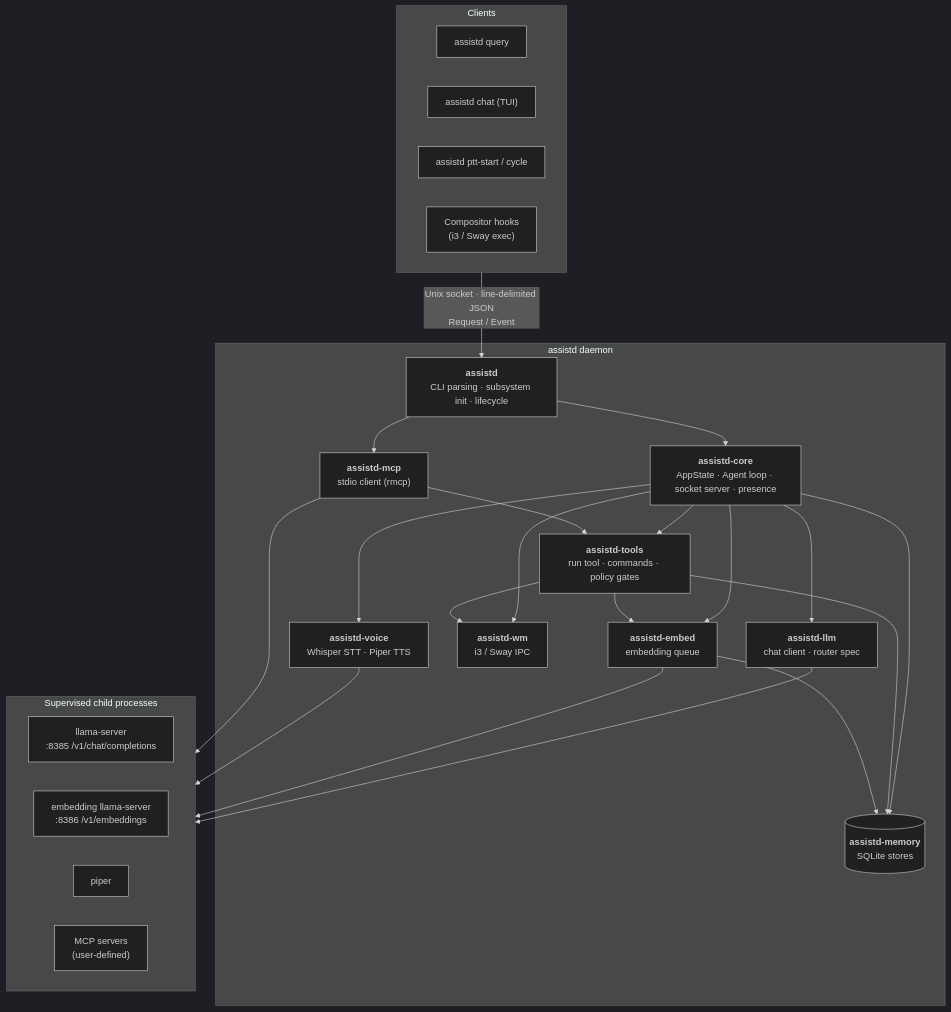
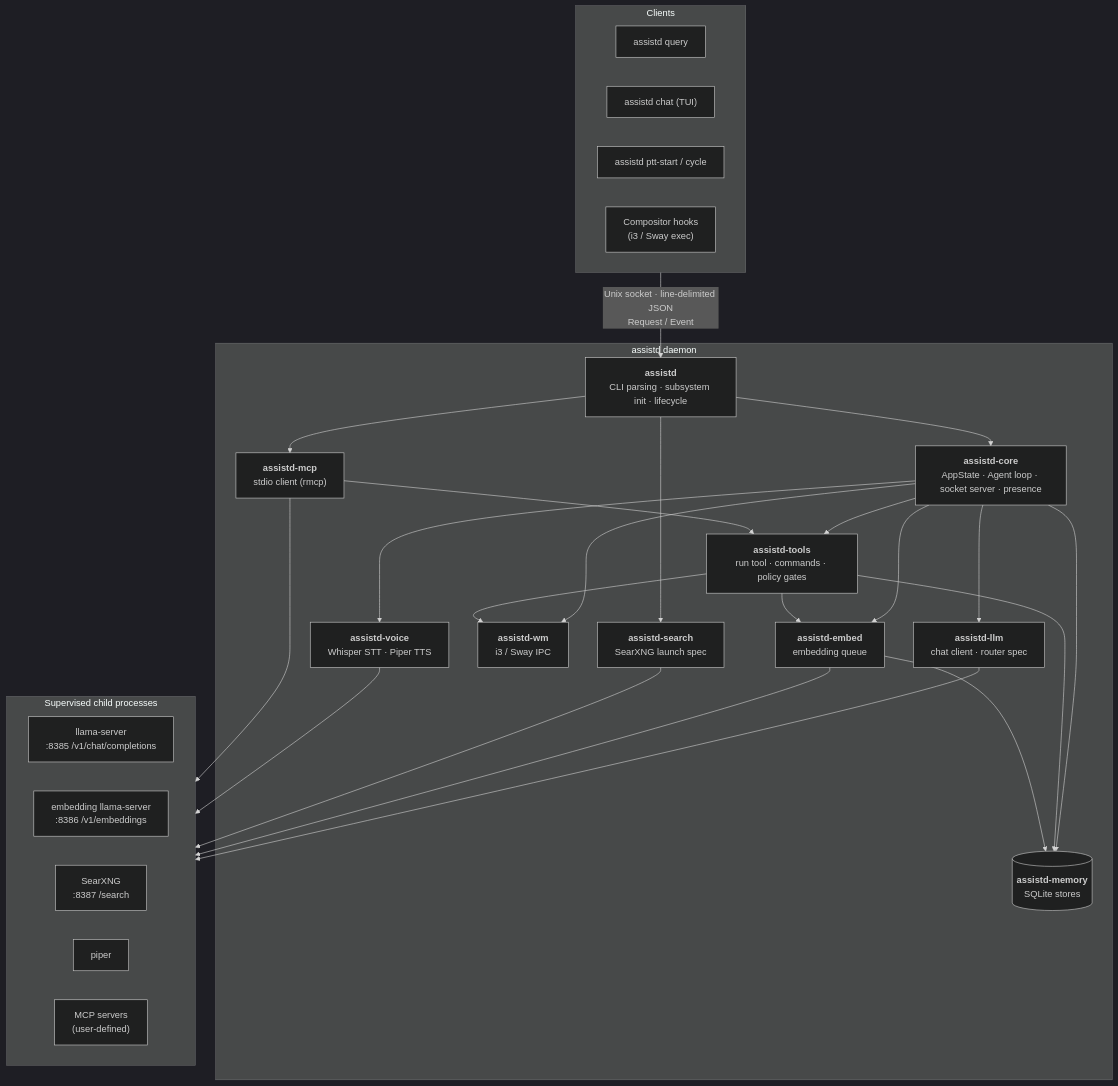
The diagram in docs/architecture.md (gnolruf/assistd), drawn with Mermaid (dark theme) before and after one commit. The commit also changed other lines of this file and 34 other files, not shown here.

First line of the commit message:
Supervise a SearXNG instance alongside the daemon (#495)

````diff
--- a/docs/architecture.md
+++ b/docs/architecture.md
@@ -10,44 +10,47 @@
 ```mermaid
 flowchart TB
     subgraph clients["Clients"]
         direction LR
         query["assistd query"]
         chat["assistd chat (TUI)"]
         ptt["assistd ptt-start / cycle"]
         hooks["Compositor hooks<br/>(i3 / Sway exec)"]
     end
 
     subgraph daemon["assistd daemon"]
         bin["<b>assistd</b><br/>CLI parsing · subsystem init · lifecycle"]
         core["<b>assistd-core</b><br/>AppState · Agent loop · socket server · presence"]
         llm["<b>assistd-llm</b><br/>chat client · router spec"]
         tools["<b>assistd-tools</b><br/>run tool · commands · policy gates"]
         voice["<b>assistd-voice</b><br/>Whisper STT · Piper TTS"]
         wm["<b>assistd-wm</b><br/>i3 / Sway IPC"]
         mcp["<b>assistd-mcp</b><br/>stdio client (rmcp)"]
         memory[("<b>assistd-memory</b><br/>SQLite stores")]
         embed["<b>assistd-embed</b><br/>embedding queue"]
+        search["<b>assistd-search</b><br/>SearXNG launch spec"]
     end
 
     subgraph external["Supervised child processes"]
         direction LR
         llama["llama-server<br/>:8385 /v1/chat/completions"]
         embedsrv["embedding llama-server<br/>:8386 /v1/embeddings"]
+        searxng["SearXNG<br/>:8387 /search"]
         piper["piper"]
         mcpsrv["MCP servers<br/>(user-defined)"]
     end
 
     clients -- "Unix socket · line-delimited JSON<br/>Request / Event" --> bin
     bin --> core
-    bin --> mcp
+    bin --> mcp & search
     core --> llm & tools & voice & wm & memory & embed
     tools --> memory & wm
     mcp --> tools
     embed --> memory
     tools --> embed
 
     llm --> llama
     embed --> embedsrv
+    search --> searxng
     voice --> piper
     mcp --> mcpsrv
 ```
````
